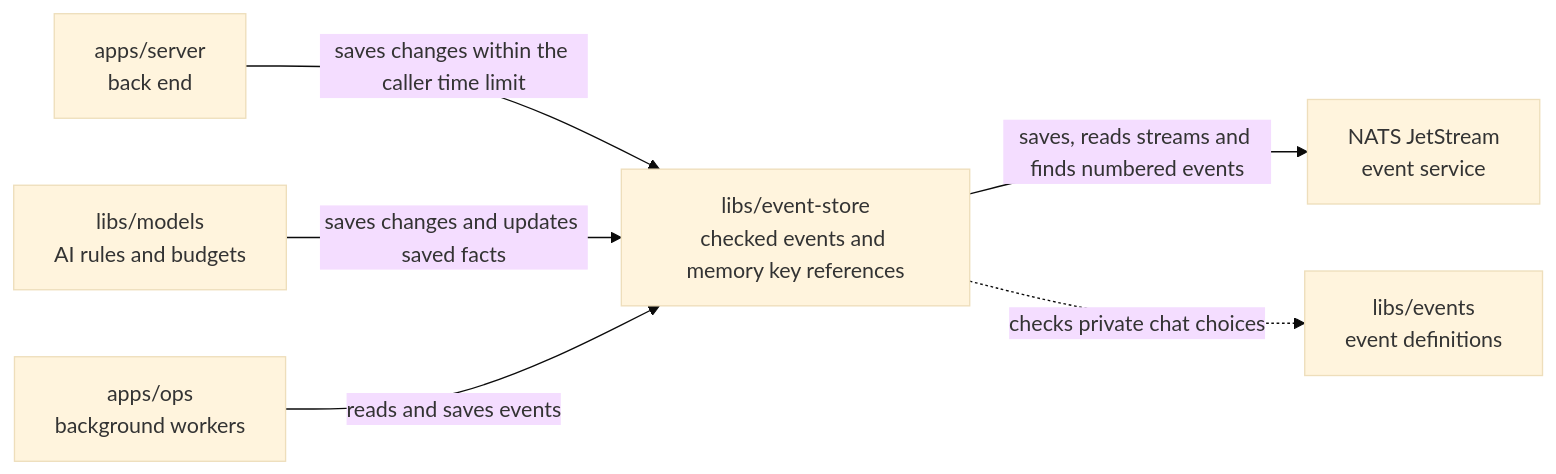
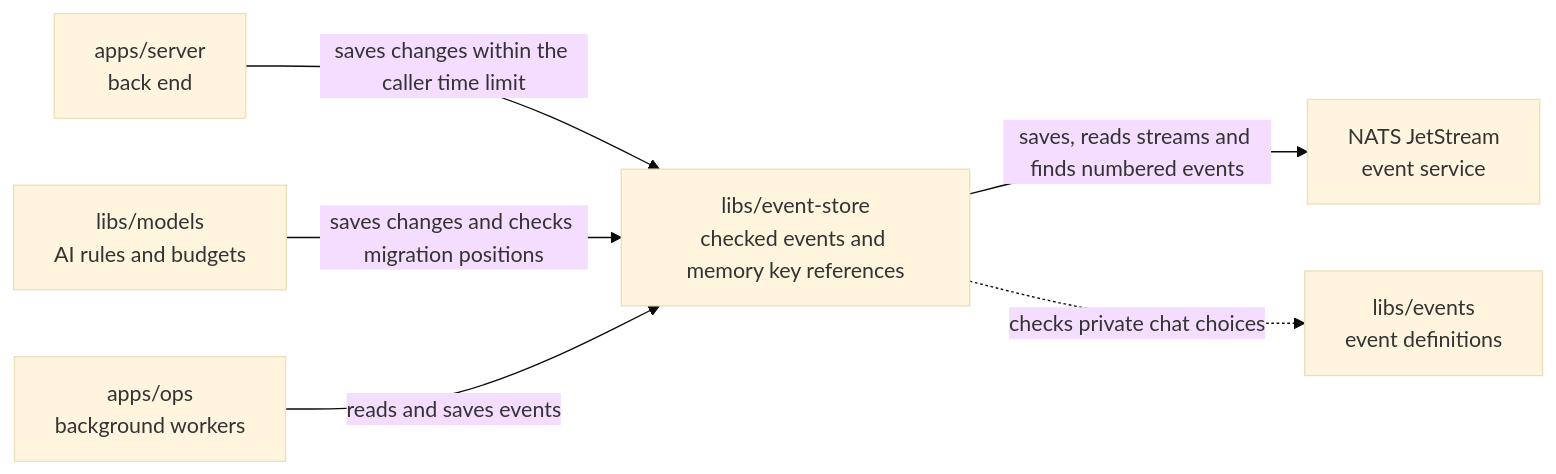
One commit to elewa-git/opencrane-new changed the diagram in libs/event-store/README.md. Above: the diagram before and after it, drawn with Mermaid (base theme). The commit also changed other lines of this file and 6 other files, not shown here.

````diff
--- a/libs/event-store/README.md
+++ b/libs/event-store/README.md
@@ -22,8 +22,8 @@
 ```mermaid
 flowchart LR
   server["apps/server<br/>back end"] -->|saves changes within the caller time limit| store["libs/event-store<br/>checked events and memory key references"]
-  models["libs/models<br/>AI rules and budgets"] -->|saves changes and updates saved facts| store
+  models["libs/models<br/>AI rules and budgets"] -->|saves changes and checks migration positions| store
   ops["apps/ops<br/>background workers"] -->|reads and saves events| store
   store -->|saves, reads streams and finds numbered events| nats["NATS JetStream<br/>event service"]
   store -.->|checks private chat choices| events["libs/events<br/>event definitions"]
 ```
````
